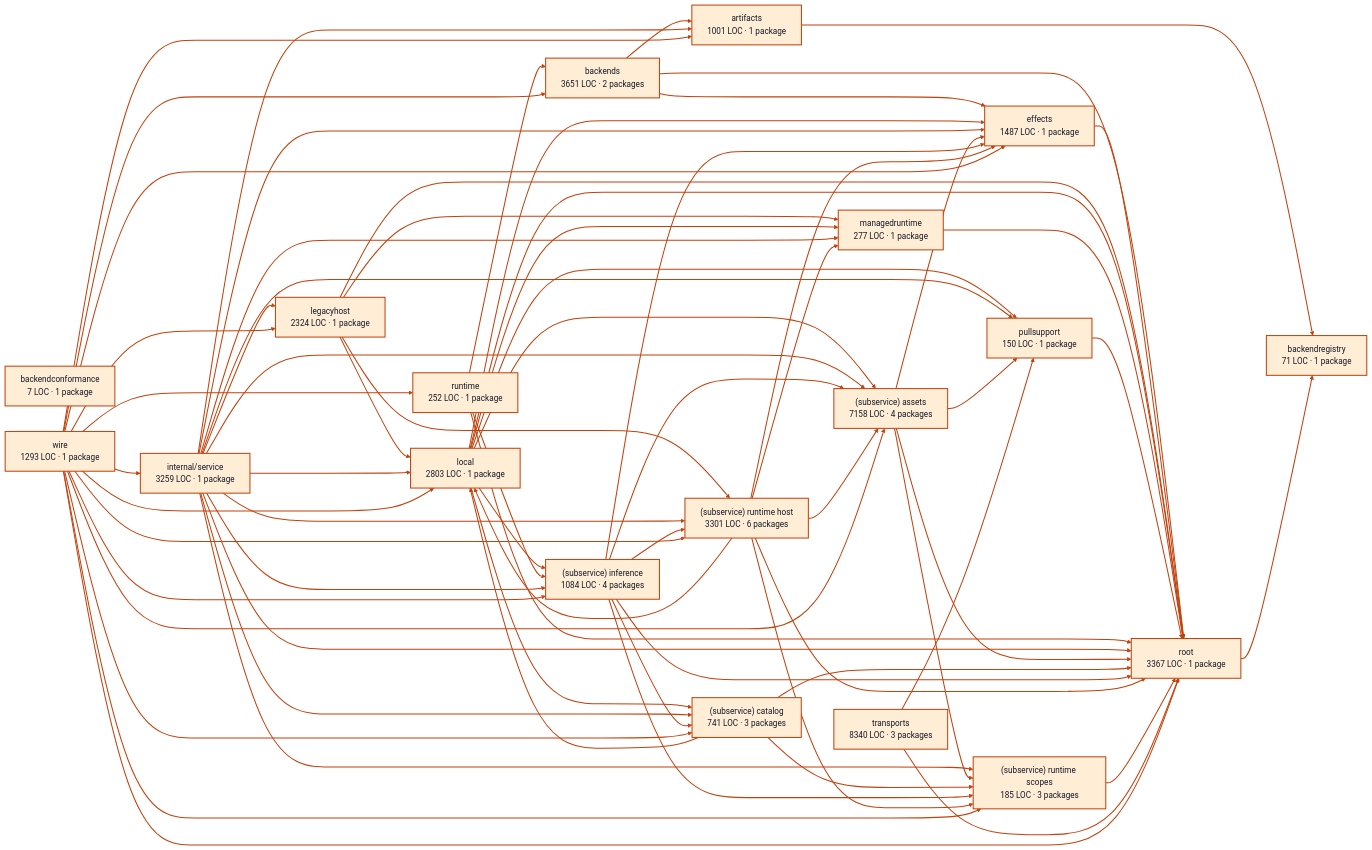
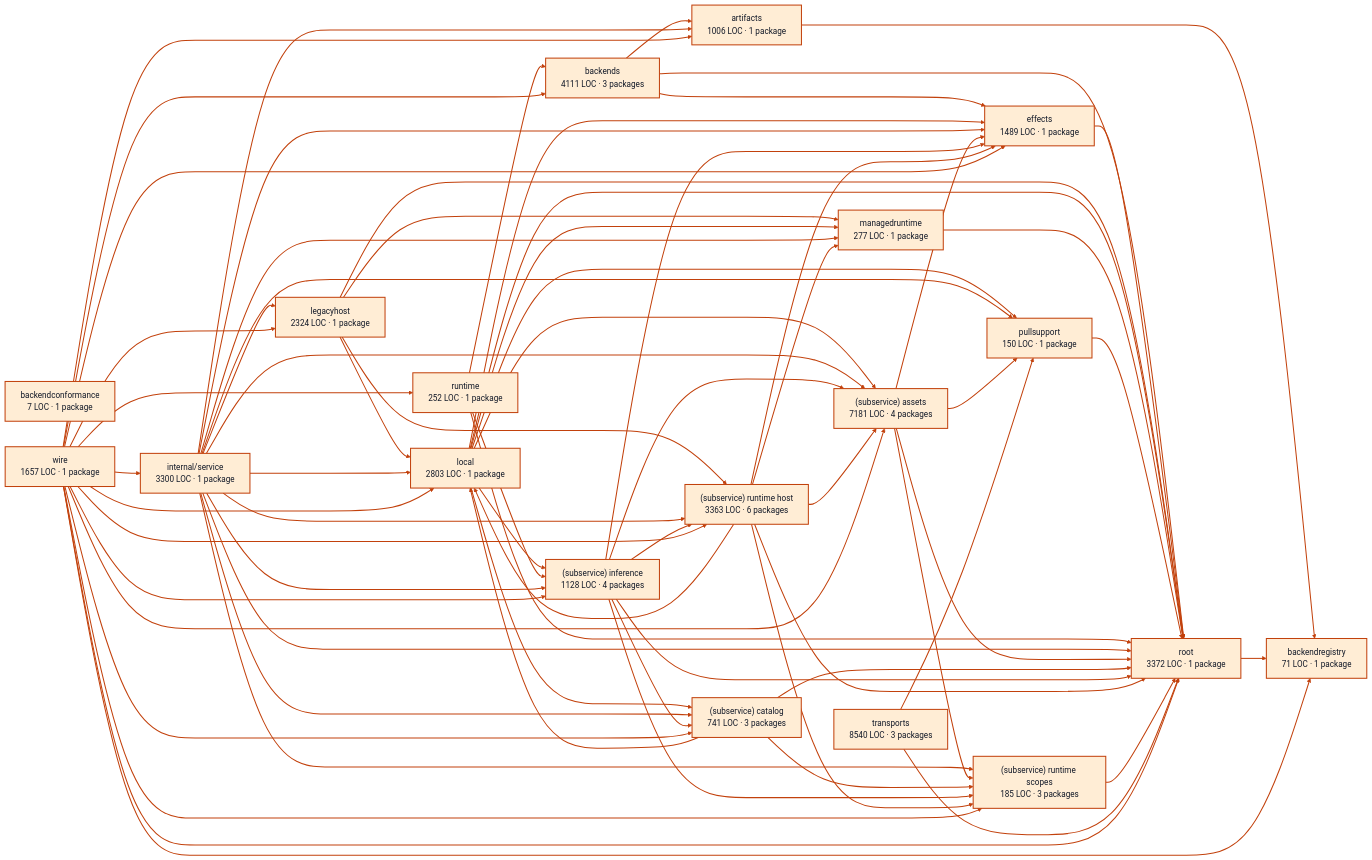
One commit to portpowered/you-agent-factory changed the diagram in docs/architecture/visualizations/services/models.md. Above: the diagram before and after it, drawn with Mermaid. The commit also changed other lines of this file and 20 other files, not shown here.

Commit message:
docs: refresh backend architecture visualizations

````diff
--- a/docs/architecture/visualizations/services/models.md
+++ b/docs/architecture/visualizations/services/models.md
@@ -11,24 +11,24 @@
 ```mermaid
 flowchart LR
-  p0["artifacts<br/>1001 LOC · 1 package"]
+  p0["artifacts<br/>1006 LOC · 1 package"]
   p1["backendconformance<br/>7 LOC · 1 package"]
   p2["backendregistry<br/>71 LOC · 1 package"]
-  p3["backends<br/>3651 LOC · 2 packages"]
-  p4["effects<br/>1487 LOC · 1 package"]
+  p3["backends<br/>4111 LOC · 3 packages"]
+  p4["effects<br/>1489 LOC · 1 package"]
   p5["legacyhost<br/>2324 LOC · 1 package"]
   p6["local<br/>2803 LOC · 1 package"]
   p7["managedruntime<br/>277 LOC · 1 package"]
   p8["pullsupport<br/>150 LOC · 1 package"]
   p9["runtime<br/>252 LOC · 1 package"]
-  p10["internal/service<br/>3259 LOC · 1 package"]
-  p11["(subservice) assets<br/>7158 LOC · 4 packages"]
+  p10["internal/service<br/>3300 LOC · 1 package"]
+  p11["(subservice) assets<br/>7181 LOC · 4 packages"]
   p12["(subservice) catalog<br/>741 LOC · 3 packages"]
-  p13["(subservice) inference<br/>1084 LOC · 4 packages"]
-  p14["(subservice) runtime host<br/>3301 LOC · 6 packages"]
+  p13["(subservice) inference<br/>1128 LOC · 4 packages"]
+  p14["(subservice) runtime host<br/>3363 LOC · 6 packages"]
   p15["(subservice) runtime scopes<br/>185 LOC · 3 packages"]
-  p16["root<br/>3367 LOC · 1 package"]
-  p17["transports<br/>8340 LOC · 3 packages"]
-  p18["wire<br/>1293 LOC · 1 package"]
+  p16["root<br/>3372 LOC · 1 package"]
+  p17["transports<br/>8540 LOC · 3 packages"]
+  p18["wire<br/>1657 LOC · 1 package"]
   p0 --> p2
   p3 --> p0
   p3 --> p4
@@ -86,6 +86,7 @@
   p17 --> p8
   p17 --> p16
   p18 --> p0
+  p18 --> p2
   p18 --> p3
   p18 --> p4
   p18 --> p5
````
